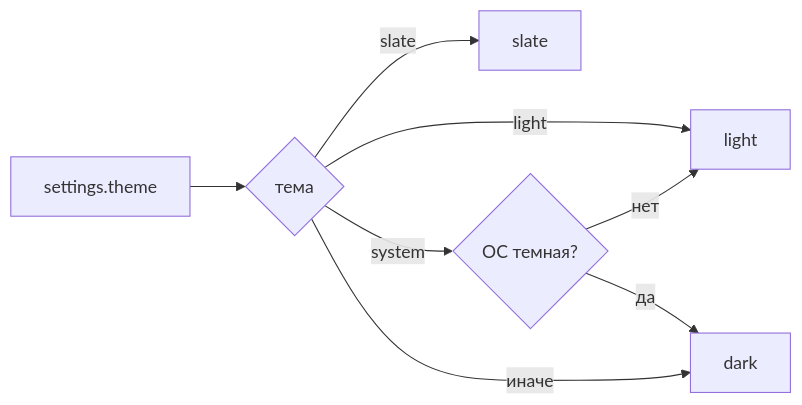
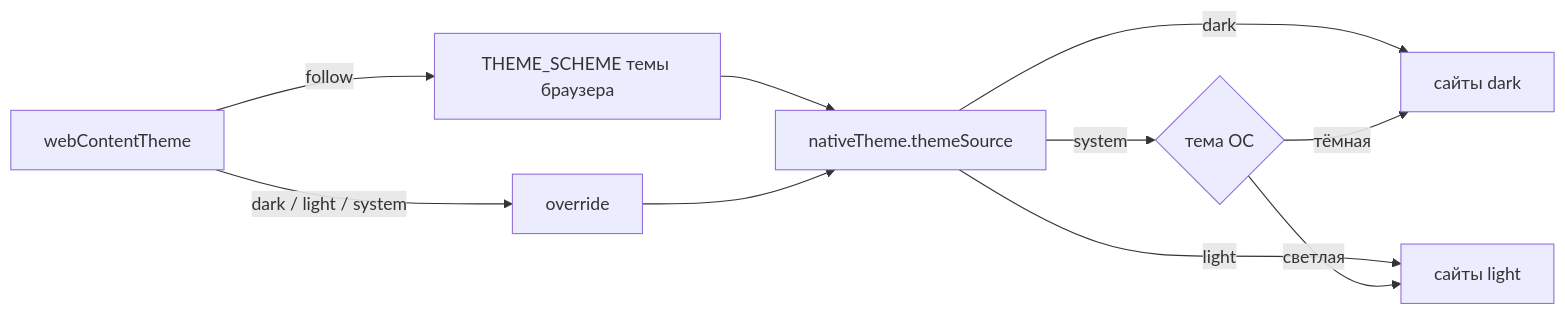
One commit to trb1mkr/konstruktor changed the diagram in src/main/docs/THEMES.md. Above: the diagram before and after it, drawn with Mermaid. The commit also changed other lines of this file and 16 other files, not shown here.

Commit message:
base theme settings, fix: site theme match browser theme

````diff
--- a/src/main/docs/THEMES.md
+++ b/src/main/docs/THEMES.md
@@ -13,10 +19,12 @@
 ```mermaid
 flowchart LR
-  Set[settings.theme] --> Res{тема}
-  Res -->|light| L[light]
-  Res -->|slate| S[slate]
-  Res -->|system| OS{ОС темная?}
-  OS -->|да| D[dark]
-  OS -->|нет| L
-  Res -->|иначе| D
+  WCT[webContentTheme] -->|follow| TS[THEME_SCHEME темы браузера]
+  WCT -->|dark / light / system| OV[override]
+  TS --> NS[nativeTheme.themeSource]
+  OV --> NS
+  NS -->|dark| D[сайты dark]
+  NS -->|light| L[сайты light]
+  NS -->|system| OS{тема ОС}
+  OS -->|тёмная| D
+  OS -->|светлая| L
 ```
````
